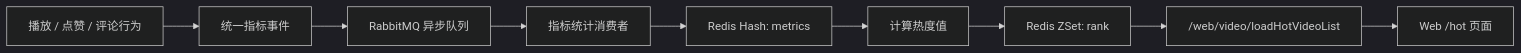
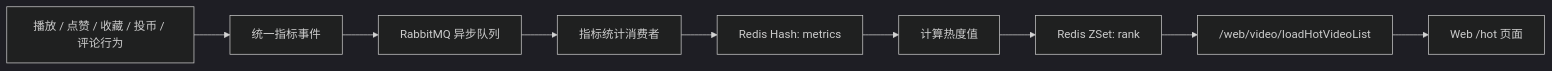
Before and after one commit to xiaonan766/echo-space: the diagram in docs/features/20260804-video-hot-ranking.md, drawn with Mermaid (dark theme). The commit also changed other lines of this file and 7 other files, not shown here.

````diff
--- a/docs/features/20260804-video-hot-ranking.md
+++ b/docs/features/20260804-video-hot-ranking.md
@@ -18,11 +18,11 @@
 ```mermaid
 flowchart LR
-    A["播放 / 点赞 / 评论行为"] --> B["统一指标事件"]
+    A["播放 / 点赞 / 收藏 / 投币 / 评论行为"] --> B["统一指标事件"]
     B --> C["RabbitMQ 异步队列"]
     C --> D["指标统计消费者"]
     D --> E["Redis Hash: metrics"]
     E --> F["计算热度值"]
     F --> G["Redis ZSet: rank"]
     G --> H["/web/video/loadHotVideoList"]
     H --> I["Web /hot 页面"]
 ```
````
